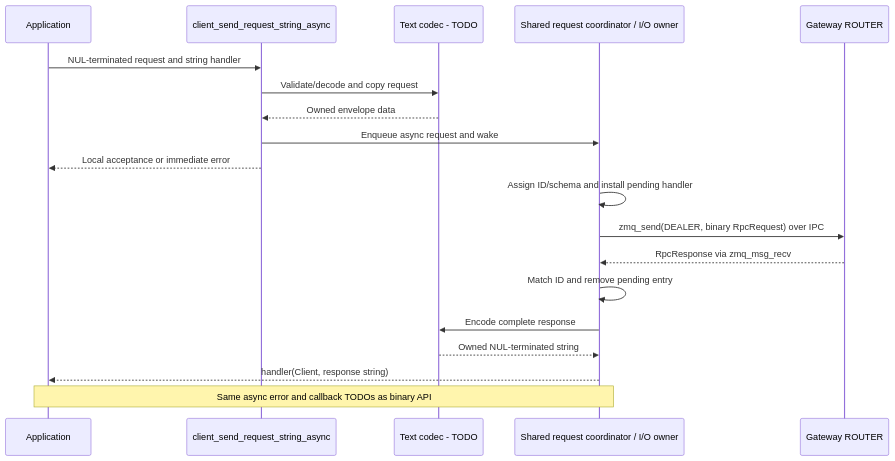
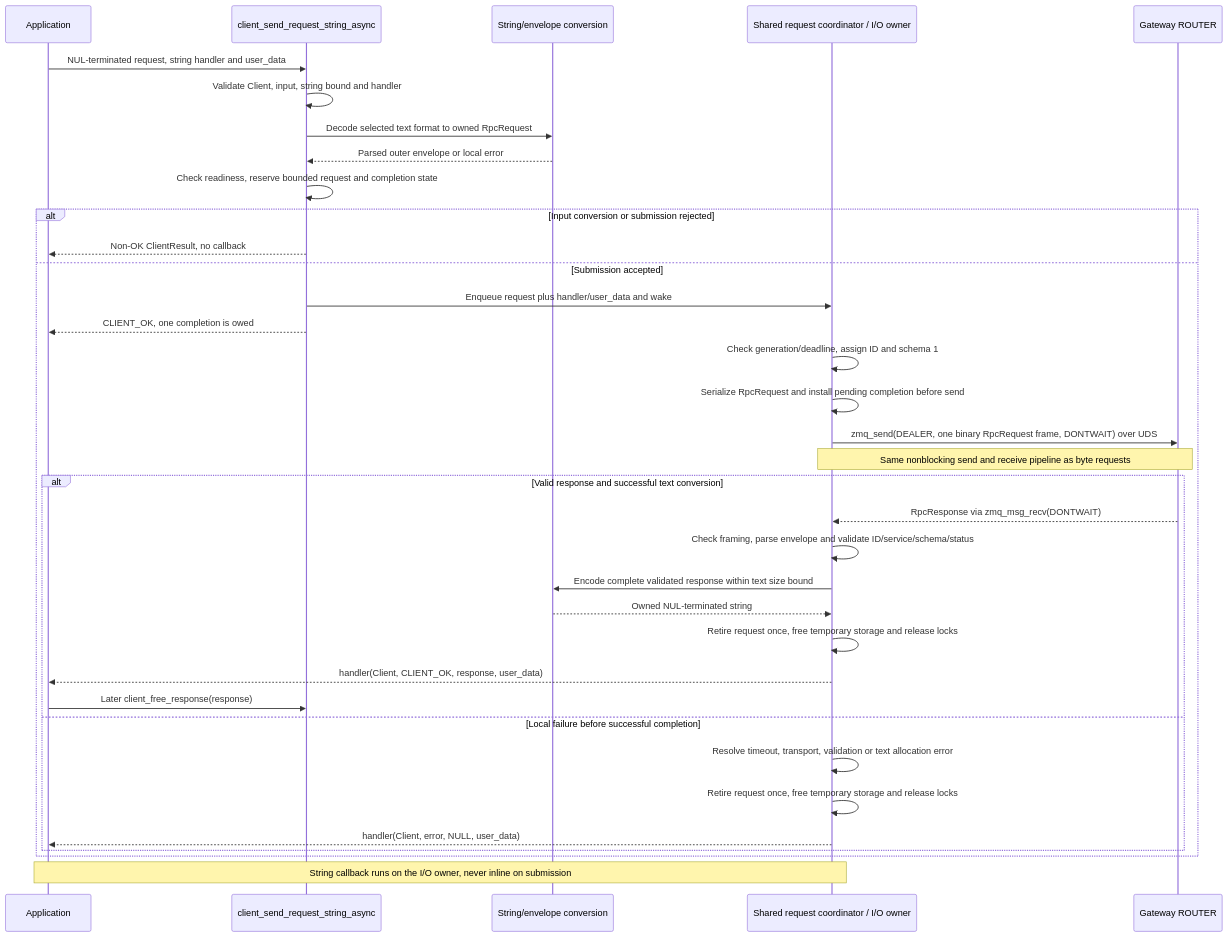
Before and after one commit to rdkcentral/eyil-secure-gateway: the tenth of 29 diagrams in doc/EyilSecureGateway.md, drawn with Mermaid. The commit also changed other lines of this file, not shown here.

````diff
--- a/doc/EyilSecureGateway.md
+++ b/doc/EyilSecureGateway.md
@@ -687,21 +1470,37 @@
 ```mermaid
 sequenceDiagram
     participant A as Application
     participant API as client_send_request_string_async
-    participant CODEC as Text codec - TODO
+    participant CODEC as String/envelope conversion
     participant IO as Shared request coordinator / I/O owner
     participant G as Gateway ROUTER
-    A->>API: NUL-terminated request and string handler
-    API->>CODEC: Validate/decode and copy request
-    CODEC-->>API: Owned envelope data
-    API->>IO: Enqueue async request and wake
-    API-->>A: Local acceptance or immediate error
-    IO->>IO: Assign ID/schema and install pending handler
-    IO->>G: zmq_send(DEALER, binary RpcRequest) over IPC
-    G-->>IO: RpcResponse via zmq_msg_recv
-    IO->>IO: Match ID and remove pending entry
-    IO->>CODEC: Encode complete response
-    CODEC-->>IO: Owned NUL-terminated string
-    IO-->>A: handler(Client, response string)
-    Note over A,IO: Same async error and callback TODOs as binary API
+    A->>API: NUL-terminated request, string handler and user_data
+    API->>API: Validate Client, input, string bound and handler
+    API->>CODEC: Decode selected text format to owned RpcRequest
+    CODEC-->>API: Parsed outer envelope or local error
+    API->>API: Check readiness, reserve bounded request and completion state
+    alt Input conversion or submission rejected
+        API-->>A: Non-OK ClientResult, no callback
+    else Submission accepted
+        API->>IO: Enqueue request plus handler/user_data and wake
+        API-->>A: CLIENT_OK, one completion is owed
+        IO->>IO: Check generation/deadline, assign ID and schema 1
+        IO->>IO: Serialize RpcRequest and install pending completion before send
+        IO->>G: zmq_send(DEALER, one binary RpcRequest frame, DONTWAIT) over UDS
+        Note over IO,G: Same nonblocking send and receive pipeline as byte requests
+        alt Valid response and successful text conversion
+            G-->>IO: RpcResponse via zmq_msg_recv(DONTWAIT)
+            IO->>IO: Check framing, parse envelope and validate ID/service/schema/status
+            IO->>CODEC: Encode complete validated response within text size bound
+            CODEC-->>IO: Owned NUL-terminated string
+            IO->>IO: Retire request once, free temporary storage and release locks
+            IO-->>A: handler(Client, CLIENT_OK, response, user_data)
+            A->>API: Later client_free_response(response)
+        else Local failure before successful completion
+            IO->>IO: Resolve timeout, transport, validation or text allocation error
+            IO->>IO: Retire request once, free temporary storage and release locks
+            IO-->>A: handler(Client, error, NULL, user_data)
+        end
+    end
+    Note over A,IO: String callback runs on the I/O owner, never inline on submission
 ```
````
